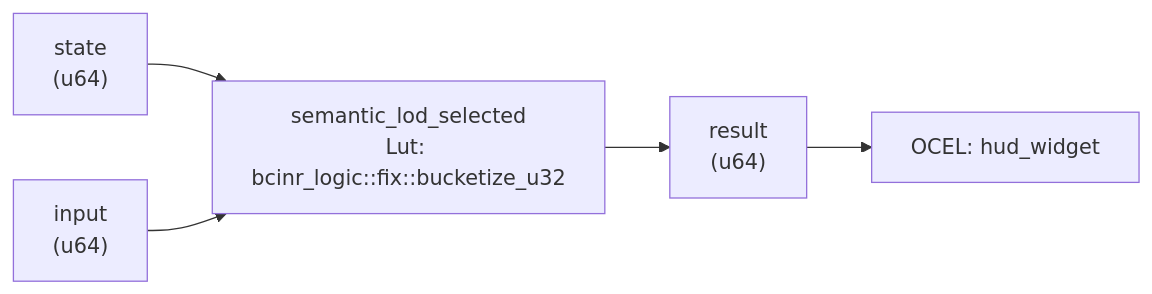
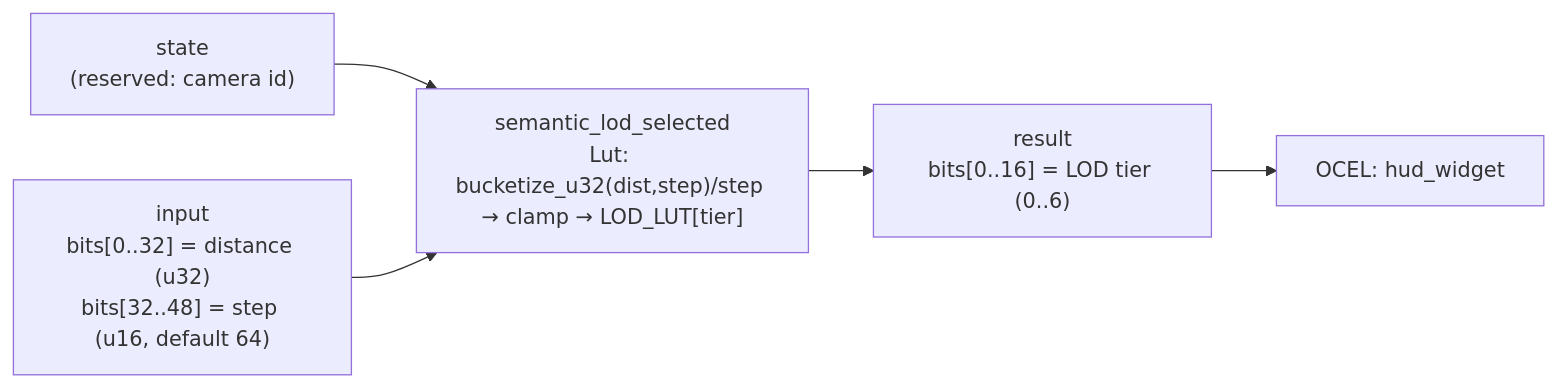
One commit to seanchatmangpt/bcinr changed the diagram in crates/wasm4games/docs/patterns/semantic_lod_selected.md. Above: the diagram before and after it, drawn with Mermaid. The commit also changed other lines of this file and 20 other files, not shown here.

````diff
--- a/crates/wasm4games/docs/patterns/semantic_lod_selected.md
+++ b/crates/wasm4games/docs/patterns/semantic_lod_selected.md
@@ -56,12 +38,12 @@
 ```mermaid
 graph LR
-    state["state\n(u64)"]
-    input["input\n(u64)"]
-    kernel["semantic_lod_selected\nLut: bcinr_logic::fix::bucketize_u32"]
-    result["result\n(u64)"]
+    state["state\n(reserved: camera id)"]
+    input["input\nbits[0..32] = distance (u32)\nbits[32..48] = step (u16, default 64)"]
+    kernel["semantic_lod_selected\nLut: bucketize_u32(dist,step)/step → clamp → LOD_LUT[tier]"]
+    result["result\nbits[0..16] = LOD tier (0..6)"]
     state --> kernel
     input --> kernel
     kernel --> result
     ocel_0["OCEL: hud_widget"]
     result --> ocel_0
 ```
````
